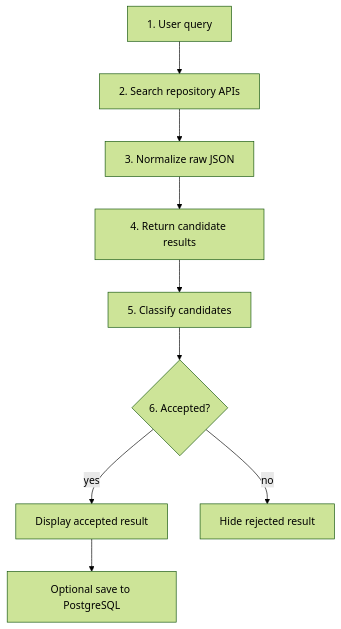
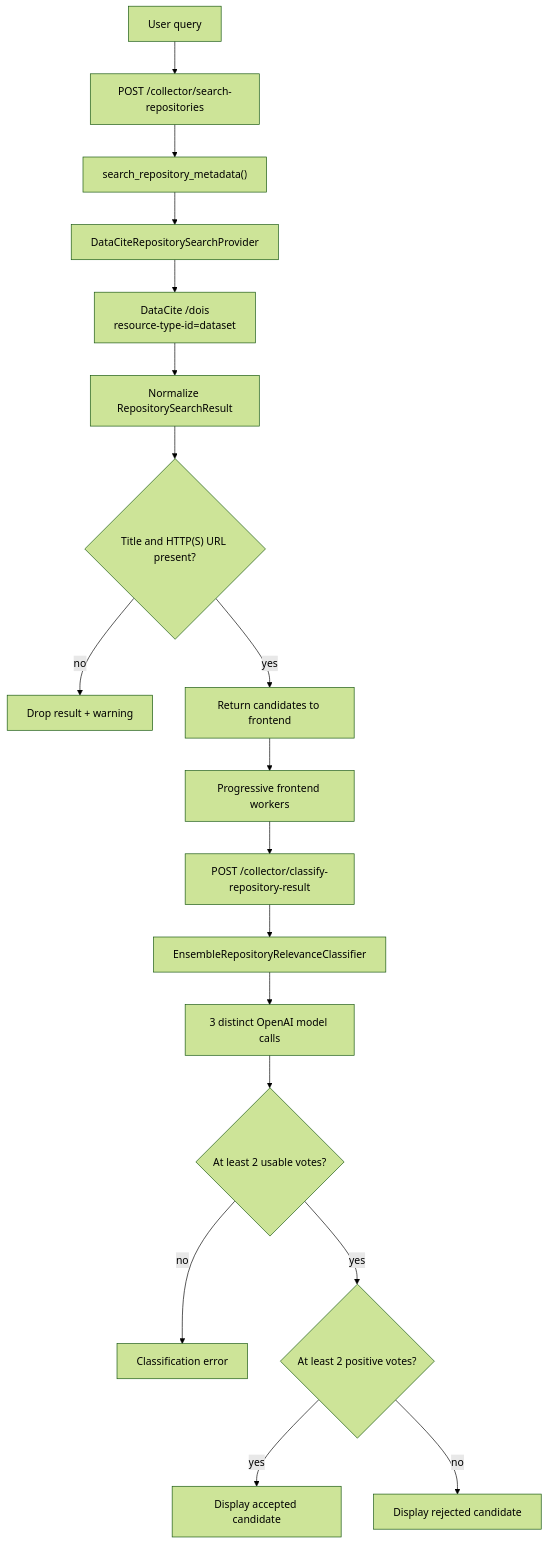
Before and after one commit to nicolasberlin/global-health-dataset-catalog: the second of 7 diagrams in docs/collector-pipeline-diagram.md, drawn with Mermaid (forest theme). The commit also changed other lines of this file and 30 other files, not shown here.

Commit message:
Update collector security and architecture docs

````diff
--- a/docs/collector-pipeline-diagram.md
+++ b/docs/collector-pipeline-diagram.md
@@ -122,16 +34,20 @@
 ```mermaid
 flowchart TD
-    Query["1. User query"]
-    Search["2. Search repository APIs"]
-    Normalize["3. Normalize raw JSON"]
-    Candidates["4. Return candidate results"]
-    Classify["5. Classify candidates"]
-    Filter{"6. Accepted?"}
-    Display["Display accepted result"]
-    Hide["Hide rejected result"]
-    Save["Optional save to PostgreSQL"]
-
-    Query --> Search --> Normalize --> Candidates --> Classify --> Filter
-    Filter -- "yes" --> Display --> Save
-    Filter -- "no" --> Hide
+    Query["User query"] --> Route["POST /collector/search-repositories"]
+    Route --> Service["search_repository_metadata()"]
+    Service --> DataCite["DataCiteRepositorySearchProvider"]
+    DataCite --> API["DataCite /dois<br/>resource-type-id=dataset"]
+    API --> Normalize["Normalize RepositorySearchResult"]
+    Normalize --> Filter{"Title and HTTP(S) URL present?"}
+    Filter -->|no| MetadataWarning["Drop result + warning"]
+    Filter -->|yes| Candidates["Return candidates to frontend"]
+    Candidates --> Workers["Progressive frontend workers"]
+    Workers --> ClassifyRoute["POST /collector/classify-repository-result"]
+    ClassifyRoute --> RepoClassifier["EnsembleRepositoryRelevanceClassifier"]
+    RepoClassifier --> Models["3 distinct OpenAI model calls"]
+    Models --> Quorum{"At least 2 usable votes?"}
+    Quorum -->|no| Error["Classification error"]
+    Quorum -->|yes| Majority{"At least 2 positive votes?"}
+    Majority -->|yes| Accepted["Display accepted candidate"]
+    Majority -->|no| Rejected["Display rejected candidate"]
 ```
````
